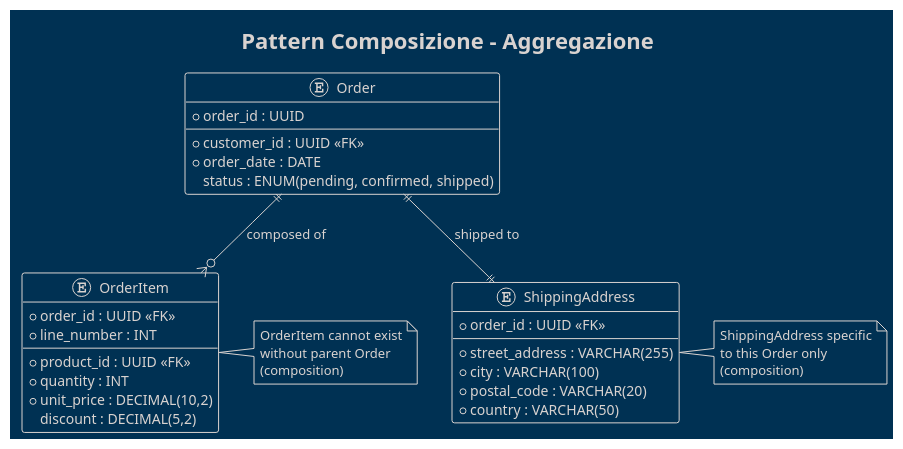
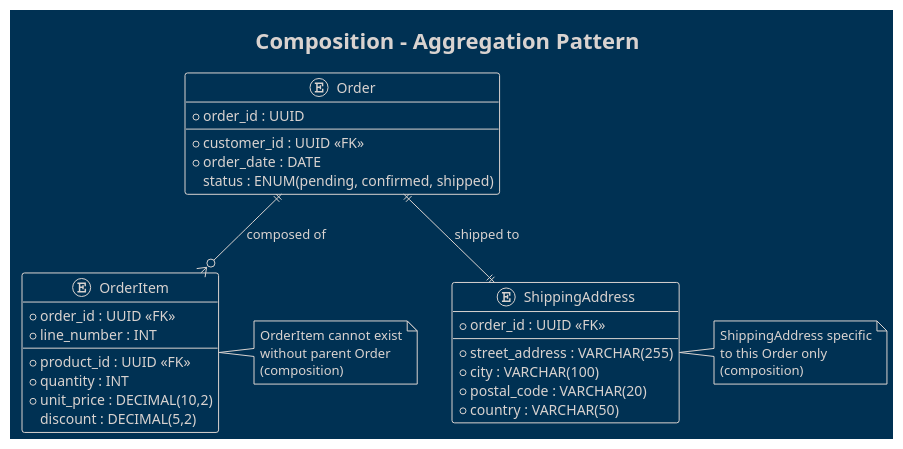
Before and after one commit to Seniorsimo/sas-template: diagram 12 of 26 in 05-database-design/er-diagram/README.md, drawn with PlantUML. The commit also changed other lines of this file and 49 other files, not shown here.

````diff
--- a/05-database-design/er-diagram/README.md
+++ b/05-database-design/er-diagram/README.md
@@ -207,41 +207,41 @@
 ```plantuml
 @startuml
 !theme blueprint
-title Pattern Composizione - Aggregazione
+title Composition - Aggregation Pattern
 
 entity Order {
   * order_id : UUID
   --
   * customer_id : UUID <<FK>>
   * order_date : DATE
   status : ENUM(pending, confirmed, shipped)
 }
 
 entity OrderItem {
   * order_id : UUID <<FK>>
   * line_number : INT
   --
   * product_id : UUID <<FK>>
   * quantity : INT
   * unit_price : DECIMAL(10,2)
   discount : DECIMAL(5,2)
 }
 
 entity ShippingAddress {
   * order_id : UUID <<FK>>
   --
   * street_address : VARCHAR(255)
   * city : VARCHAR(100)
   * postal_code : VARCHAR(20)
   * country : VARCHAR(50)
 }
 
-' Composizione (parte-tutto forte)
+' Composition (strong part-whole)
 Order ||--o{ OrderItem : "composed of"
 Order ||--|| ShippingAddress : "shipped to"
 
 note right of OrderItem : OrderItem cannot exist\nwithout parent Order\n(composition)
 
 note right of ShippingAddress : ShippingAddress specific\nto this Order only\n(composition)
 @enduml
 ```
````
